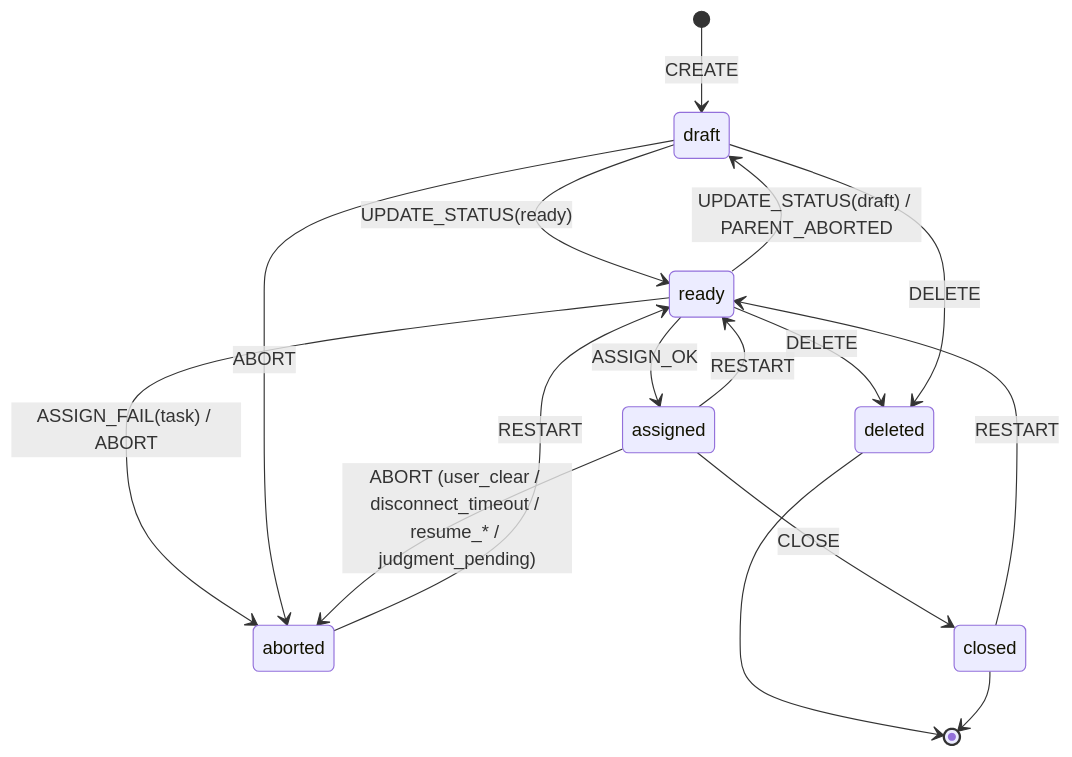
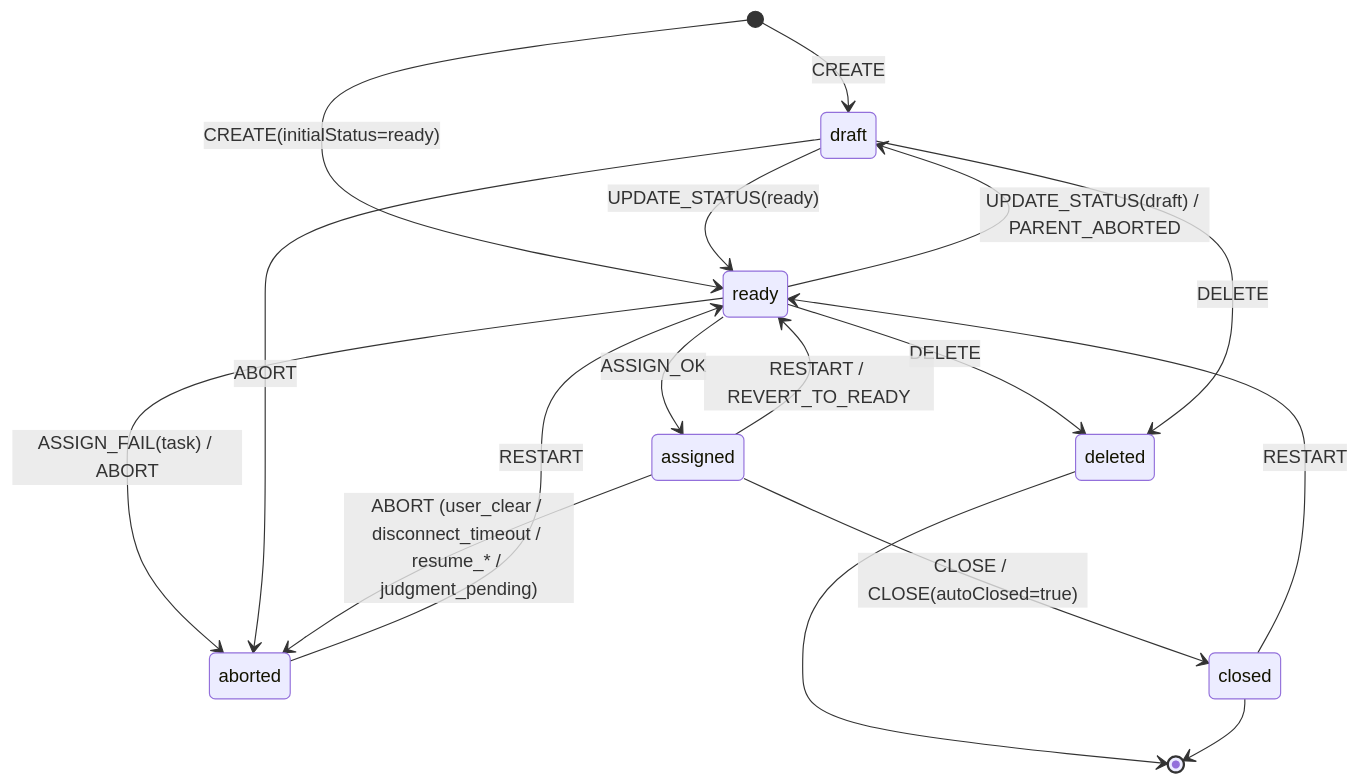
The second of 2 diagrams in docs/spec/07-state-machine.md (hummer98/cmux-team), drawn with Mermaid before and after one commit. The commit also changed other lines of this file and 18 other files, not shown here.

````diff
--- a/docs/spec/07-state-machine.md
+++ b/docs/spec/07-state-machine.md
@@ -145,18 +153,19 @@
 ```mermaid
 stateDiagram-v2
     [*] --> draft : CREATE
+    [*] --> ready : CREATE(initialStatus=ready)
     draft --> ready : UPDATE_STATUS(ready)
     ready --> draft : UPDATE_STATUS(draft) / PARENT_ABORTED
     ready --> assigned : ASSIGN_OK
     ready --> aborted : ASSIGN_FAIL(task) / ABORT
     ready --> deleted : DELETE
     draft --> aborted : ABORT
     draft --> deleted : DELETE
-    assigned --> closed : CLOSE
+    assigned --> closed : CLOSE / CLOSE(autoClosed=true)
     assigned --> aborted : ABORT (user_clear / disconnect_timeout / resume_* / judgment_pending)
-    assigned --> ready : RESTART
+    assigned --> ready : RESTART / REVERT_TO_READY
     closed --> ready : RESTART
     aborted --> ready : RESTART
     deleted --> [*]
     closed --> [*]
 ```
````
